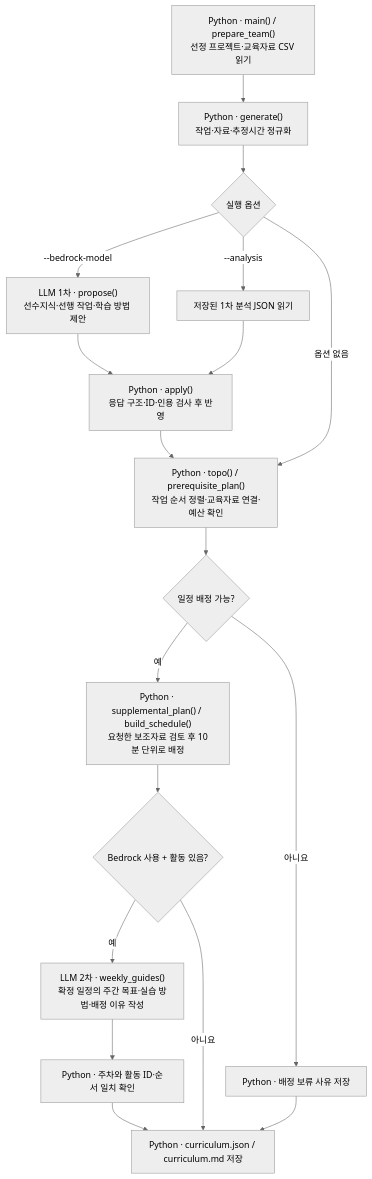
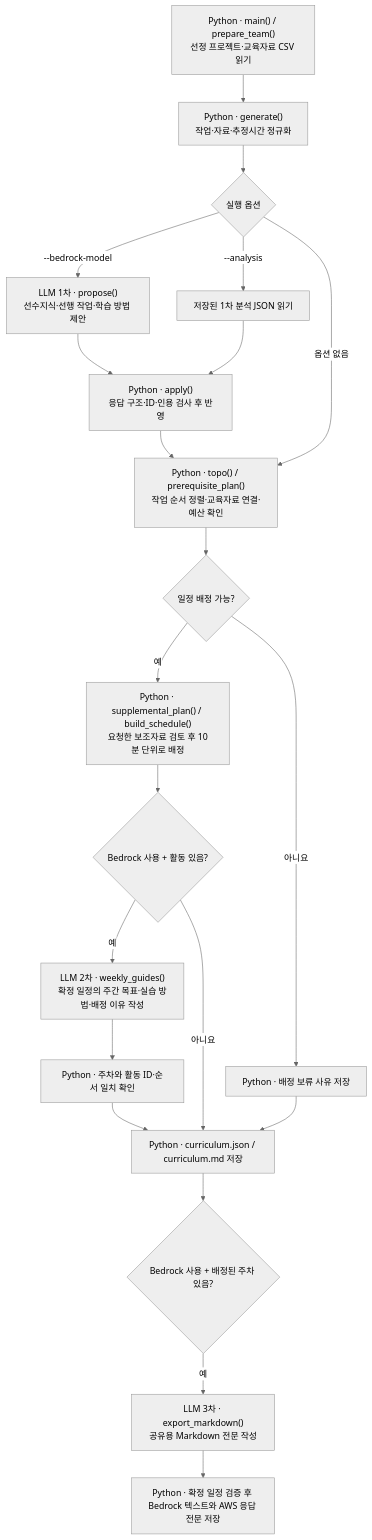
One commit to gaori2952/Round_labcurriculum changed the diagram in README.md. Above: the diagram before and after it, drawn with Mermaid (neutral theme). The commit also changed other lines of this file and 4 other files, not shown here.

Commit message:
Add final Bedrock Markdown export and set large preset to 28 hours

````diff
--- a/README.md
+++ b/README.md
@@ -58,20 +58,23 @@
 ```mermaid
 flowchart TD
     A["Python · main() / prepare_team()<br/>선정 프로젝트·교육자료 CSV 읽기"] --> B["Python · generate()<br/>작업·자료·추정시간 정규화"]
     B --> C{"실행 옵션"}
     C -->|"--bedrock-model"| D["LLM 1차 · propose()<br/>선수지식·선행 작업·학습 방법 제안"]
     C -->|"--analysis"| E["저장된 1차 분석 JSON 읽기"]
     D --> F["Python · apply()<br/>응답 구조·ID·인용 검사 후 반영"]
     E --> F
     F --> G["Python · topo() / prerequisite_plan()<br/>작업 순서 정렬·교육자료 연결·예산 확인"]
     C -->|"옵션 없음"| G
     G --> H{"일정 배정 가능?"}
     H -->|"예"| I["Python · supplemental_plan() / build_schedule()<br/>요청한 보조자료 검토 후 10분 단위로 배정"]
     H -->|"아니요"| M["Python · 배정 보류 사유 저장"]
     I --> J{"Bedrock 사용 + 활동 있음?"}
     J -->|"예"| K["LLM 2차 · weekly_guides()<br/>확정 일정의 주간 목표·실습 방법·배정 이유 작성"]
     K --> L["Python · 주차와 활동 ID·순서 일치 확인"]
     L --> N["Python · curriculum.json / curriculum.md 저장"]
     J -->|"아니요"| N
     M --> N
+    N --> O{"Bedrock 사용 + 배정된 주차 있음?"}
+    O -->|"예"| P["LLM 3차 · export_markdown()<br/>공유용 Markdown 전문 작성"]
+    P --> Q["Python · 확정 일정 검증 후 Bedrock 텍스트와 AWS 응답 전문 저장"]
 ```
````
